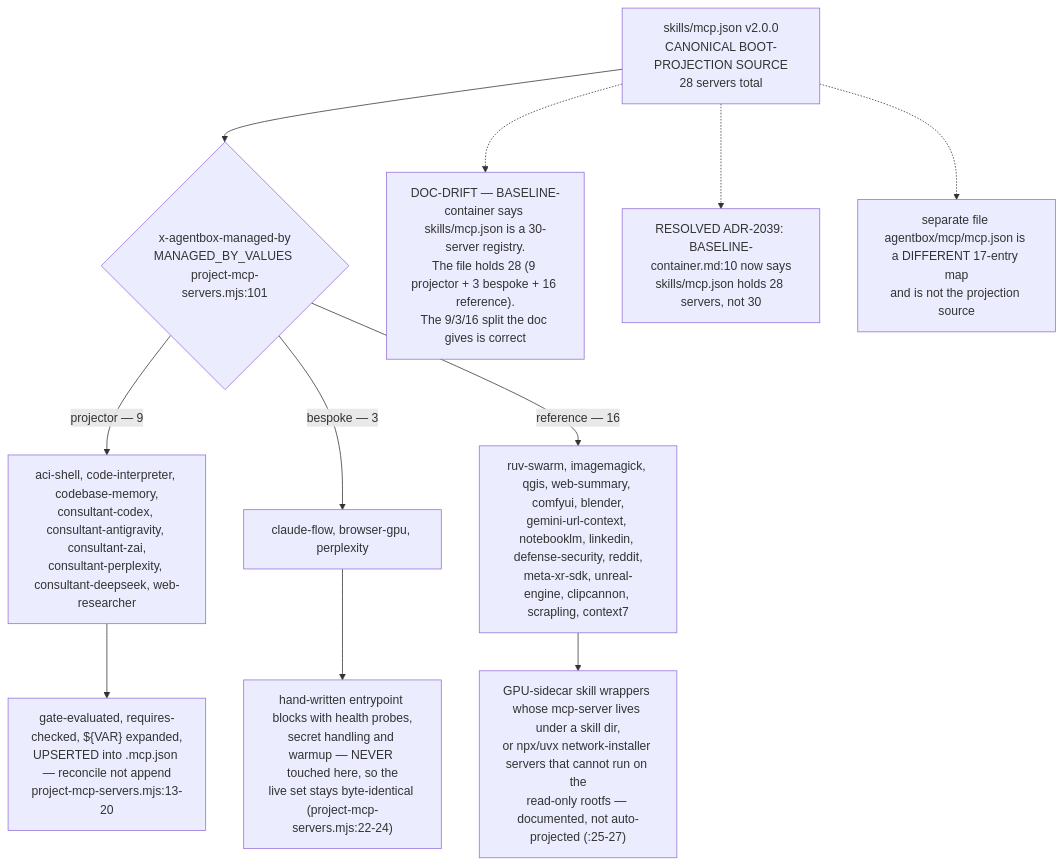
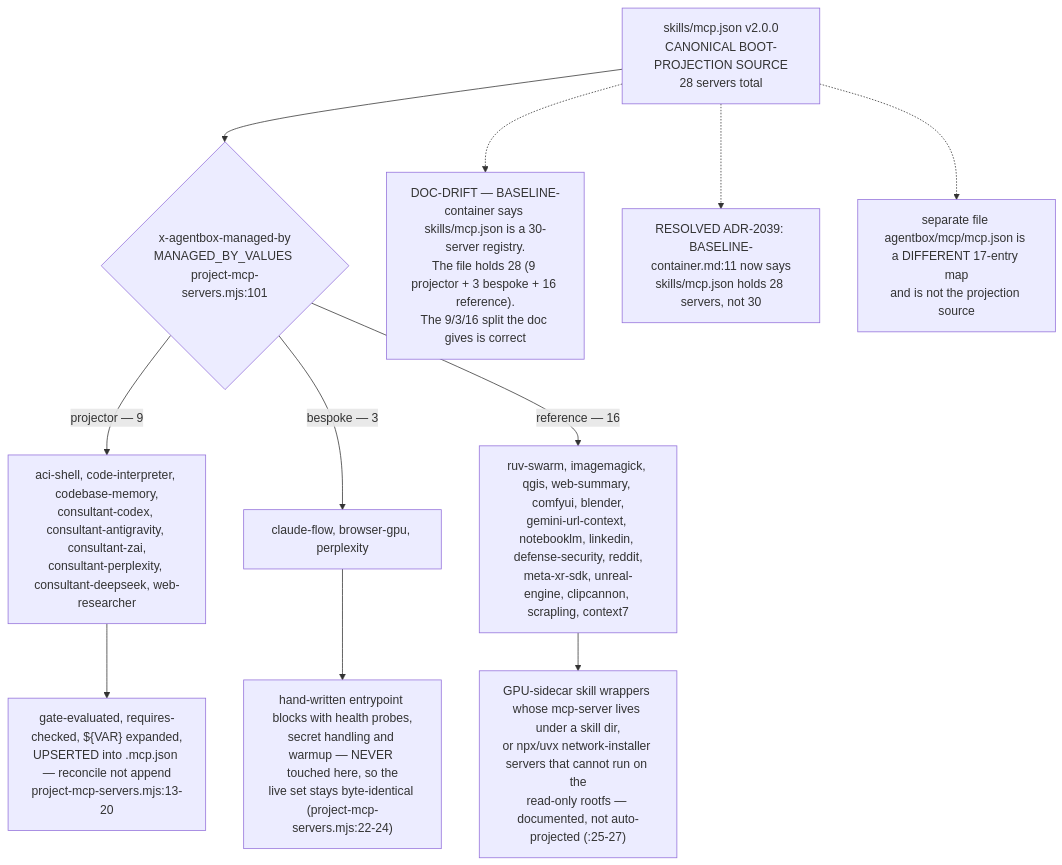
One commit to DreamLab-AI/VisionFlow changed the first of 9 diagrams in docs/diagrams/agentbox/09-mcp-servers-catalogue.md. Above: the diagram before and after it, drawn with Mermaid. The commit also changed other lines of this file and 28 other files, not shown here.

````diff
--- a/docs/diagrams/agentbox/09-mcp-servers-catalogue.md
+++ b/docs/diagrams/agentbox/09-mcp-servers-catalogue.md
@@ -28,13 +38,13 @@
 ```mermaid
 flowchart TD
     REG["skills/mcp.json v2.0.0<br/>CANONICAL BOOT-PROJECTION SOURCE<br/>28 servers total"] --> CLS{"x-agentbox-managed-by<br/>MANAGED_BY_VALUES project-mcp-servers.mjs:101"}
     CLS -->|projector — 9| PJ["aci-shell, code-interpreter, codebase-memory,<br/>consultant-codex, consultant-antigravity, consultant-zai,<br/>consultant-perplexity, consultant-deepseek, web-researcher"]
     CLS -->|bespoke — 3| BS["claude-flow, browser-gpu, perplexity"]
     CLS -->|reference — 16| RF["ruv-swarm, imagemagick, qgis, web-summary, comfyui, blender,<br/>gemini-url-context, notebooklm, linkedin, defense-security, reddit,<br/>meta-xr-sdk, unreal-engine, clipcannon, scrapling, context7"]
     PJ --> ACT["gate-evaluated, requires-checked, ${VAR} expanded,<br/>UPSERTED into .mcp.json — reconcile not append<br/>project-mcp-servers.mjs:13-20"]
     BS --> NEVER["hand-written entrypoint blocks with health probes,<br/>secret handling and warmup — NEVER touched here, so the<br/>live set stays byte-identical (project-mcp-servers.mjs:22-24)"]
     RF --> DOC["GPU-sidecar skill wrappers whose mcp-server lives under a skill dir,<br/>or npx/uvx network-installer servers that cannot run on the<br/>read-only rootfs — documented, not auto-projected (:25-27)"]
     REG -.-> D1["DOC-DRIFT — BASELINE-container says skills/mcp.json is a 30-server registry.<br/>The file holds 28 (9 projector + 3 bespoke + 16 reference).<br/>The 9/3/16 split the doc gives is correct"]
-    REG -.-> D1R["RESOLVED ADR-2039: BASELINE-container.md:10 now says<br/>skills/mcp.json holds 28 servers, not 30"]
+    REG -.-> D1R["RESOLVED ADR-2039: BASELINE-container.md:11 now says<br/>skills/mcp.json holds 28 servers, not 30"]
     REG -.-> D2["separate file agentbox/mcp/mcp.json is a DIFFERENT 17-entry map<br/>and is not the projection source"]
 ```
````
